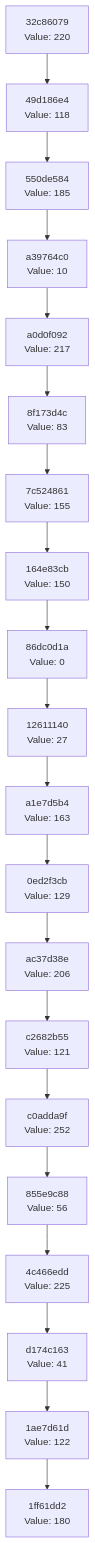
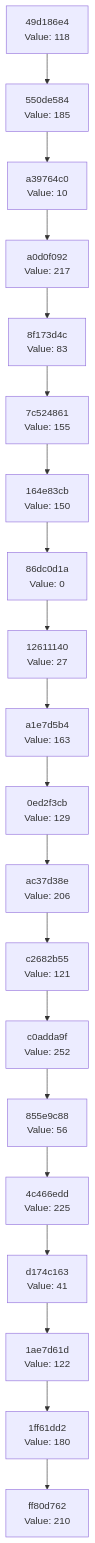
One commit to Abhisheksinha1506/hash-chain-evolver changed the diagram in docs/CHAIN_VISUALIZATION.md. Above: the diagram before and after it, drawn with Mermaid. The commit also changed 2 other files, not shown here.

Commit message:
Evolution step: hash 0xD2 → action executed

````diff
--- a/docs/CHAIN_VISUALIZATION.md
+++ b/docs/CHAIN_VISUALIZATION.md
@@ -3,42 +3,42 @@
 ```mermaid
 graph TD
-    C0["1ff61dd2<br/>Value: 180"]
-    C1["1ae7d61d<br/>Value: 122"]
+    C0["ff80d762<br/>Value: 210"]
+    C1["1ff61dd2<br/>Value: 180"]
     C1 --> C0
-    C2["d174c163<br/>Value: 41"]
+    C2["1ae7d61d<br/>Value: 122"]
     C2 --> C1
-    C3["4c466edd<br/>Value: 225"]
+    C3["d174c163<br/>Value: 41"]
     C3 --> C2
-    C4["855e9c88<br/>Value: 56"]
+    C4["4c466edd<br/>Value: 225"]
     C4 --> C3
-    C5["c0adda9f<br/>Value: 252"]
+    C5["855e9c88<br/>Value: 56"]
     C5 --> C4
-    C6["c2682b55<br/>Value: 121"]
+    C6["c0adda9f<br/>Value: 252"]
     C6 --> C5
-    C7["ac37d38e<br/>Value: 206"]
+    C7["c2682b55<br/>Value: 121"]
     C7 --> C6
-    C8["0ed2f3cb<br/>Value: 129"]
+    C8["ac37d38e<br/>Value: 206"]
     C8 --> C7
-    C9["a1e7d5b4<br/>Value: 163"]
+    C9["0ed2f3cb<br/>Value: 129"]
     C9 --> C8
-    C10["12611140<br/>Value: 27"]
+    C10["a1e7d5b4<br/>Value: 163"]
     C10 --> C9
-    C11["86dc0d1a<br/>Value: 0"]
+    C11["12611140<br/>Value: 27"]
     C11 --> C10
-    C12["164e83cb<br/>Value: 150"]
+    C12["86dc0d1a<br/>Value: 0"]
     C12 --> C11
-    C13["7c524861<br/>Value: 155"]
+    C13["164e83cb<br/>Value: 150"]
     C13 --> C12
-    C14["8f173d4c<br/>Value: 83"]
+    C14["7c524861<br/>Value: 155"]
     C14 --> C13
-    C15["a0d0f092<br/>Value: 217"]
+    C15["8f173d4c<br/>Value: 83"]
     C15 --> C14
-    C16["a39764c0<br/>Value: 10"]
+    C16["a0d0f092<br/>Value: 217"]
     C16 --> C15
-    C17["550de584<br/>Value: 185"]
+    C17["a39764c0<br/>Value: 10"]
     C17 --> C16
-    C18["49d186e4<br/>Value: 118"]
+    C18["550de584<br/>Value: 185"]
     C18 --> C17
-    C19["32c86079<br/>Value: 220"]
+    C19["49d186e4<br/>Value: 118"]
     C19 --> C18
 ```
````
